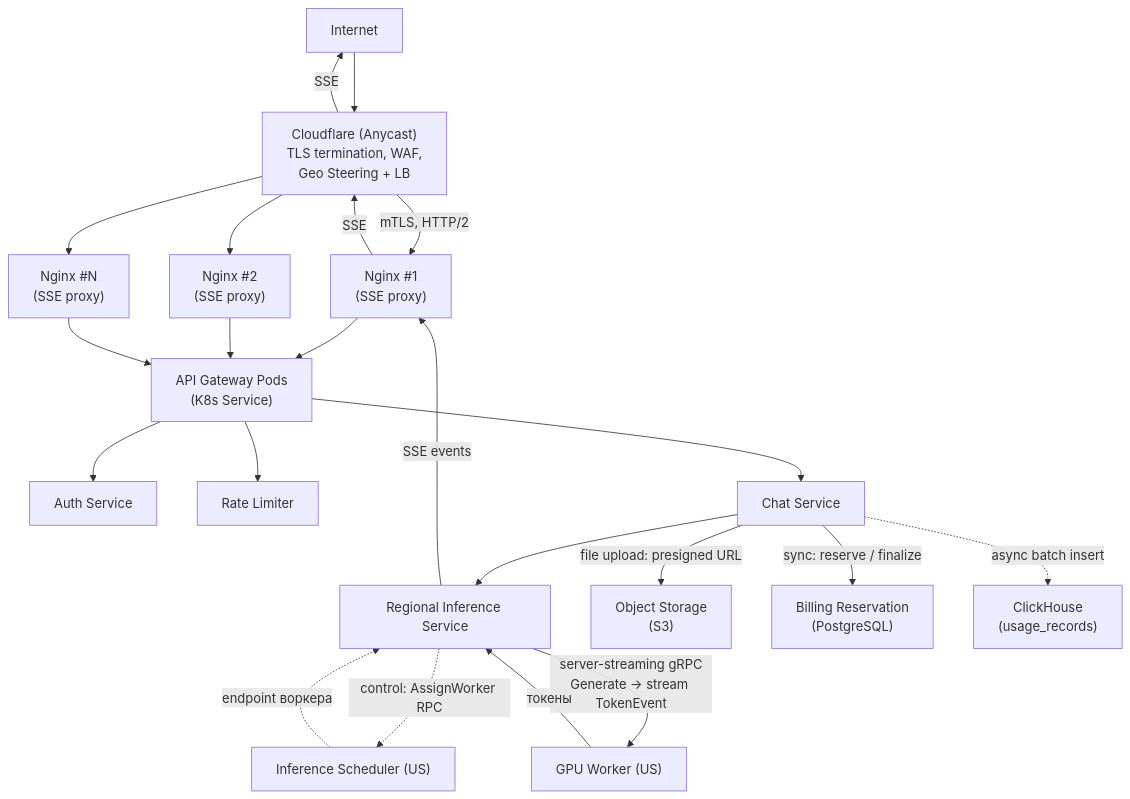
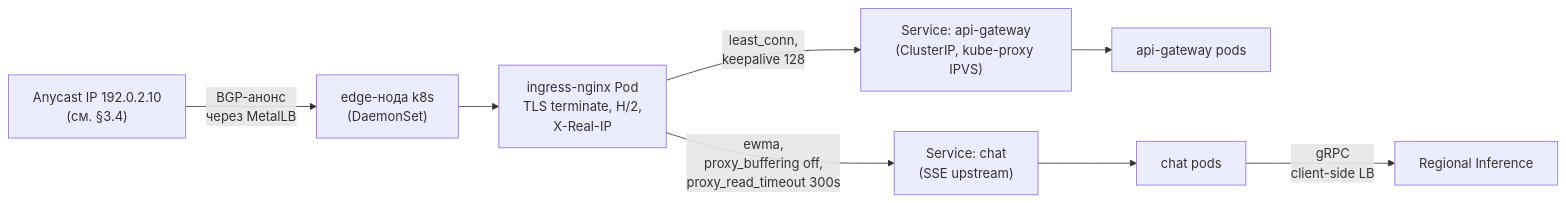
One commit to yaksase/highload_hse changed the second of 9 diagrams in README.md. Above: the diagram before and after it, drawn with Mermaid. The commit also changed other lines of this file, not shown here.

````diff
--- a/README.md
+++ b/README.md
@@ -438,29 +460,13 @@
 ```mermaid
-graph TD
-    Internet["Internet"]
-    Internet --> CF["Cloudflare (Anycast)<br/>TLS termination, WAF,<br/>Geo Steering + LB"]
+flowchart LR
+    Net["Anycast IP 192.0.2.10<br/>(см. §3.4)"]
+    Net -->|"BGP-анонс<br/>через MetalLB"| K8sNode["edge-нода k8s<br/>(DaemonSet)"]
+    K8sNode --> Ingress["ingress-nginx Pod<br/>TLS terminate, H/2,<br/>X-Real-IP"]
 
-    CF -->|"mTLS, HTTP/2"| Nginx1["Nginx #1<br/>(SSE proxy)"]
-    CF --> Nginx2["Nginx #2<br/>(SSE proxy)"]
-    CF --> NginxN["Nginx #N<br/>(SSE proxy)"]
+    Ingress -->|"least_conn,<br/>keepalive 128"| ApiSvc["Service: api-gateway<br/>(ClusterIP, kube-proxy IPVS)"]
+    Ingress -->|"ewma,<br/>proxy_buffering off,<br/>proxy_read_timeout 300s"| ChatSvc["Service: chat<br/>(SSE upstream)"]
 
-    Nginx1 & Nginx2 & NginxN --> GW["API Gateway Pods<br/>(K8s Service)"]
-
-    GW --> Auth["Auth Service"]
-    GW --> Rate["Rate Limiter"]
-    GW --> Chat["Chat Service"]
-    Chat --> RI["Regional Inference Service"]
-
-    RI -.->|"control: AssignWorker RPC"| Sched["Inference Scheduler (US)"]
-    Sched -.->|"endpoint воркера"| RI
-
-    RI -->|"server-streaming gRPC<br/>Generate → stream TokenEvent"| GPU["GPU Worker (US)"]
-    GPU -->|"токены"| RI
-    RI -->|"SSE events"| Nginx1
-    Nginx1 -->|"SSE"| CF
-    CF -->|"SSE"| Internet
-
-    Chat -->|"file upload: presigned URL"| S3["Object Storage<br/>(S3)"]
-    Chat -->|"sync: reserve / finalize"| Billing["Billing Reservation<br/>(PostgreSQL)"]
-    Chat -.->|"async batch insert"| CH["ClickHouse<br/>(usage_records)"]
+    ApiSvc --> ApiPods["api-gateway pods"]
+    ChatSvc --> ChatPods["chat pods"]
+    ChatPods -->|"gRPC<br/>client-side LB"| RI["Regional Inference"]
 ```
````
